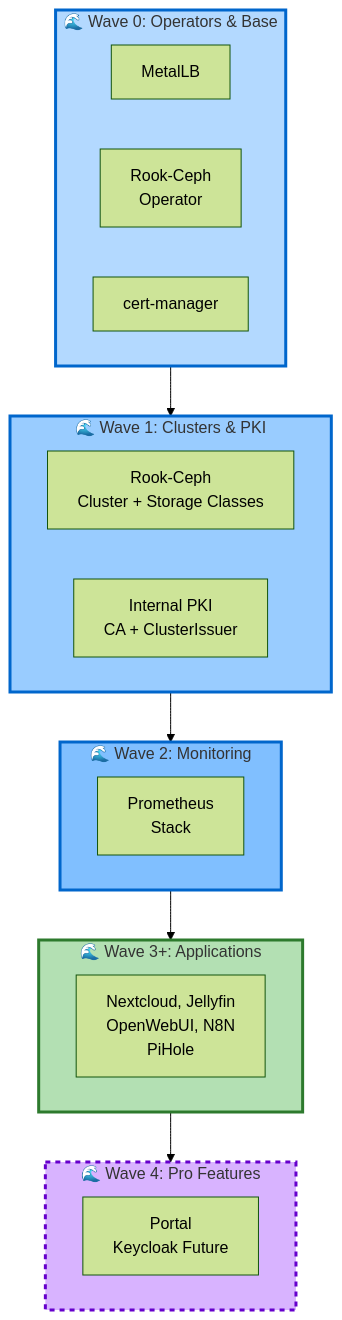
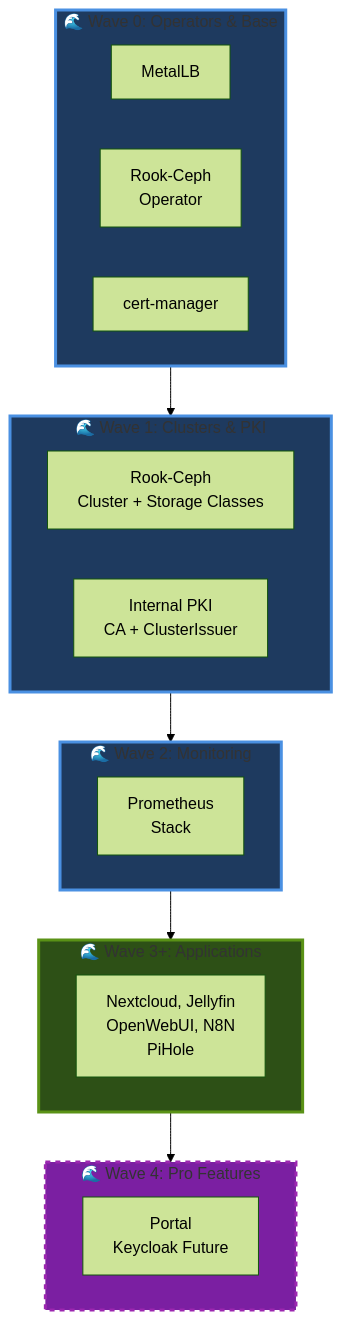
The sixth of 6 diagrams in docs/wiki/02-Architecture.md (seadogger-tech/seadogger-homelab), drawn with Mermaid (forest theme) before and after one commit. The commit also changed other lines of this file and 1 other file, not shown here.

First line of the commit message:
Revert to original dark color scheme for diagram blocks

````diff
--- a/docs/wiki/02-Architecture.md
+++ b/docs/wiki/02-Architecture.md
@@ -386,36 +386,36 @@
 ```mermaid
 graph TD
     subgraph Wave0["🌊 Wave 0: Operators & Base"]
         MetalLB[MetalLB]
         RookOp[Rook-Ceph<br/>Operator]
         CertMgr[cert-manager]
     end
 
     subgraph Wave1["🌊 Wave 1: Clusters & PKI"]
         RookCluster[Rook-Ceph<br/>Cluster + Storage Classes]
         PKI[Internal PKI<br/>CA + ClusterIssuer]
     end
 
     subgraph Wave2["🌊 Wave 2: Monitoring"]
         Prometheus[Prometheus<br/>Stack]
     end
 
     subgraph Wave3["🌊 Wave 3+: Applications"]
         Apps[Nextcloud, Jellyfin<br/>OpenWebUI, N8N<br/>PiHole]
     end
 
     subgraph WavePro["🌊 Wave 4: Pro Features"]
         Pro[Portal<br/>Keycloak Future]
     end
 
     Wave0 --> Wave1
     Wave1 --> Wave2
     Wave2 --> Wave3
     Wave3 --> WavePro
 
-    style Wave0 fill:#b3d9ff,stroke:#0066cc,stroke-width:3px
-    style Wave1 fill:#99ccff,stroke:#0066cc,stroke-width:3px
-    style Wave2 fill:#80bfff,stroke:#0066cc,stroke-width:3px
-    style Wave3 fill:#b3e0b3,stroke:#2d7a2d,stroke-width:3px
-    style WavePro fill:#d8b3ff,stroke:#6600cc,stroke-width:3px,stroke-dasharray: 5 5
+    style Wave0 fill:#1e3a5f,stroke:#4a90e2,stroke-width:3px
+    style Wave1 fill:#1e3a5f,stroke:#4a90e2,stroke-width:3px
+    style Wave2 fill:#1e3a5f,stroke:#4a90e2,stroke-width:3px
+    style Wave3 fill:#2d5016,stroke:#5a9216,stroke-width:3px
+    style WavePro fill:#7b1fa2,stroke:#9c27b0,stroke-width:3px,stroke-dasharray: 5 5
 ```
````
